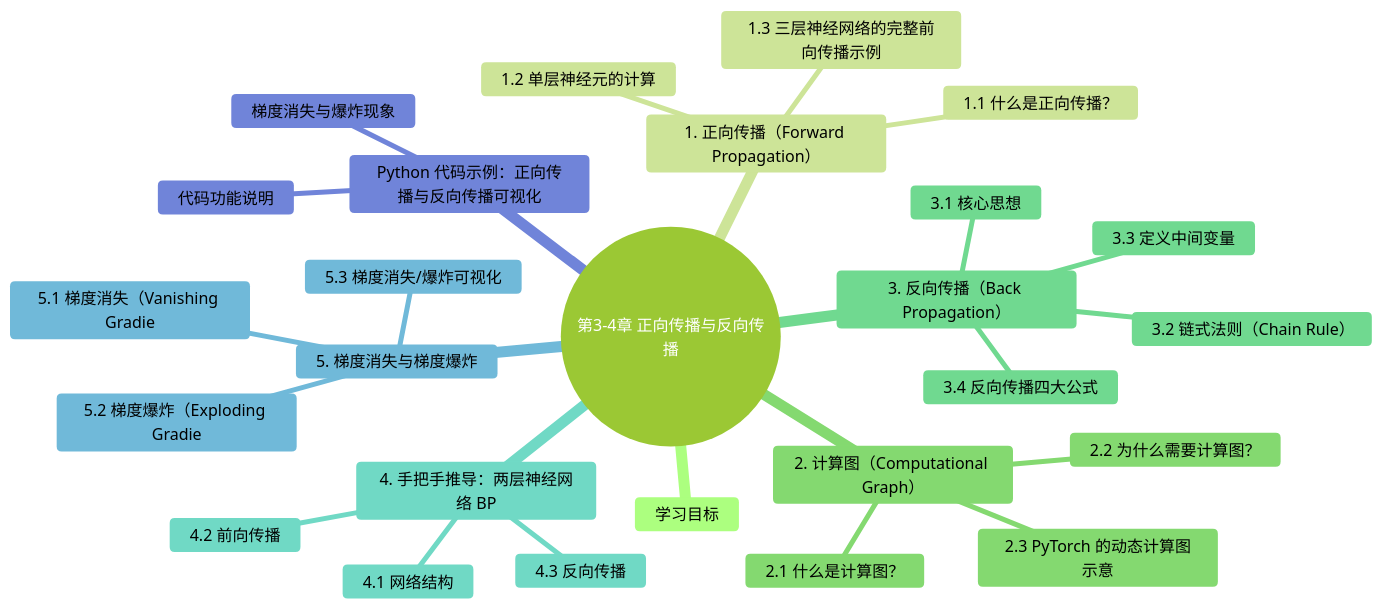
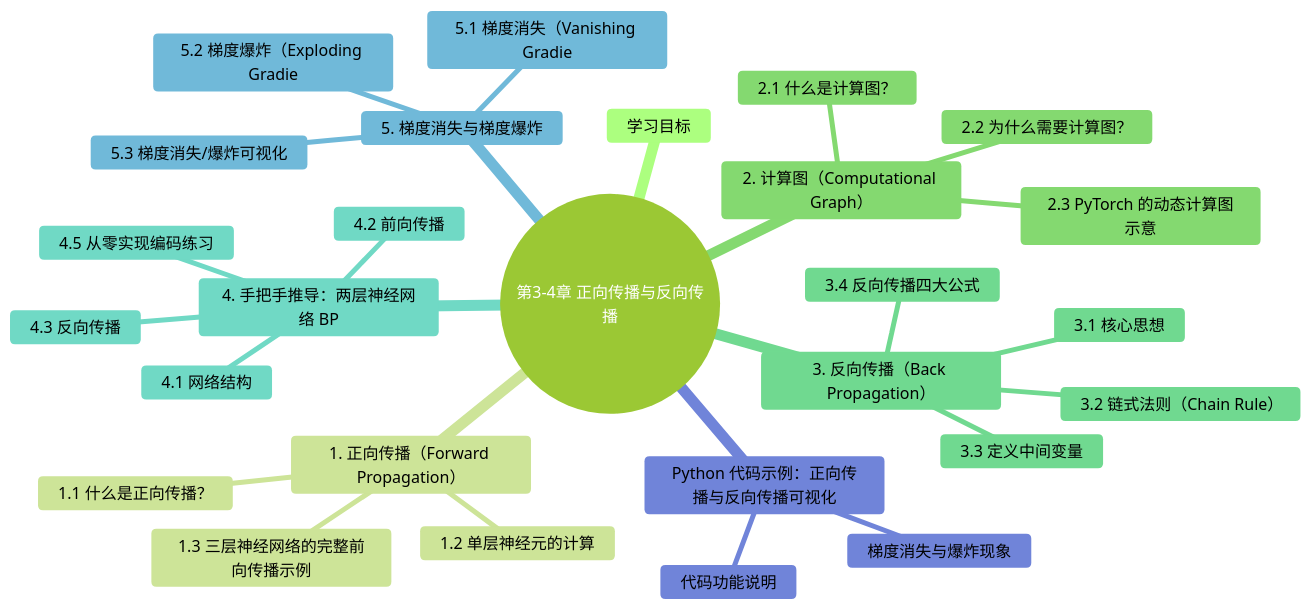
The diagram in chapters/PART3-深度学习核心/3-4-正向传播与反向传播.md (dwSun/AI-Tutorial), drawn with Mermaid (forest theme) before and after one commit. The commit also changed other lines of this file and 20 other files, not shown here.

````diff
--- a/chapters/PART3-深度学习核心/3-4-正向传播与反向传播.md
+++ b/chapters/PART3-深度学习核心/3-4-正向传播与反向传播.md
@@ -442,29 +584,30 @@
 ```mermaid
 mindmap
   root((第3-4章 正向传播与反向传播))
     学习目标
     1. 正向传播（Forward Propagation）
       1.1 什么是正向传播？
       1.2 单层神经元的计算
       1.3 三层神经网络的完整前向传播示例
     2. 计算图（Computational Graph）
       2.1 什么是计算图？
       2.2 为什么需要计算图？
       2.3 PyTorch 的动态计算图示意
     3. 反向传播（Back Propagation）
       3.1 核心思想
       3.2 链式法则（Chain Rule）
       3.3 定义中间变量
       3.4 反向传播四大公式
     4. 手把手推导：两层神经网络 BP
       4.1 网络结构
       4.2 前向传播
       4.3 反向传播
+      4.5 从零实现编码练习
     5. 梯度消失与梯度爆炸
       5.1 梯度消失（Vanishing Gradie
       5.2 梯度爆炸（Exploding Gradie
       5.3 梯度消失/爆炸可视化
     Python 代码示例：正向传播与反向传播可视化
       梯度消失与爆炸现象
       代码功能说明
 ```
````
